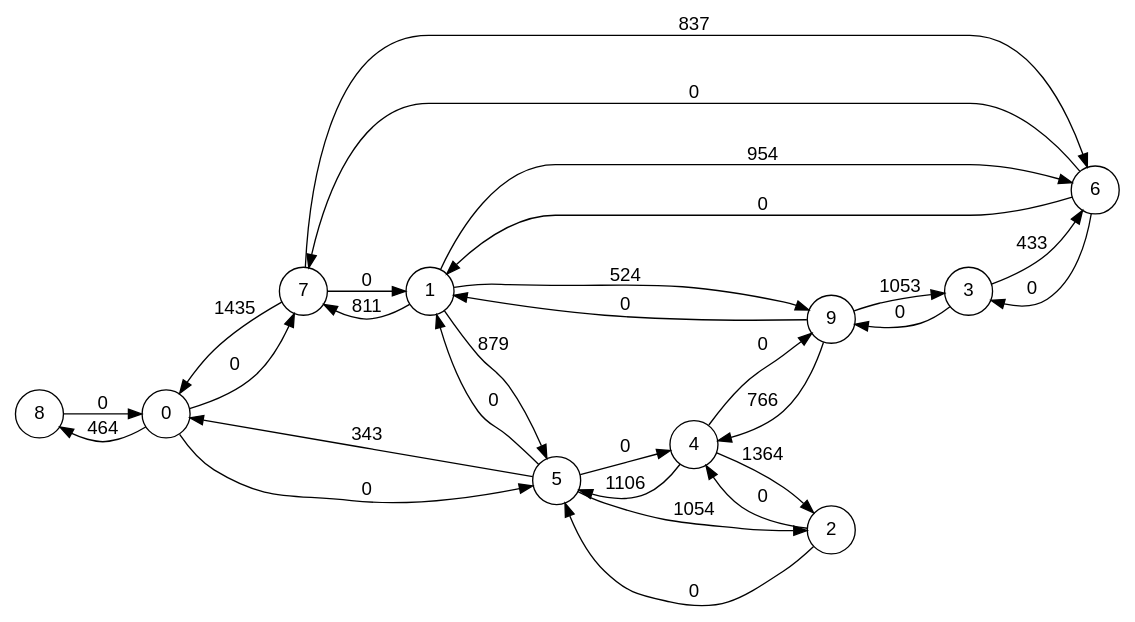
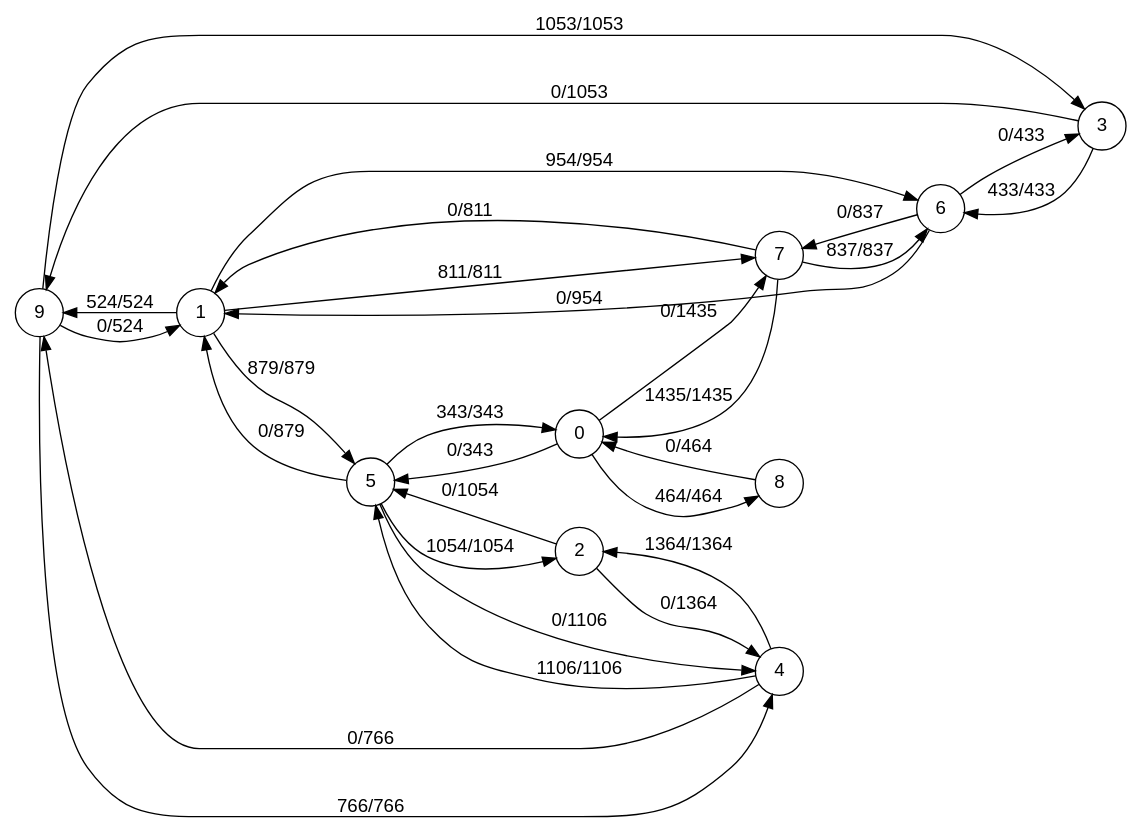
Before and after one commit to mateobwe/ocaml-maxflow-project: the diagram in ;)).dot, drawn with Graphviz. The commit also changed 11 other files, not shown here.

```diff
--- a/;)).dot
+++ b/;)).dot
@@ -1,35 +1,35 @@
 digraph finite_state_machine {
   fontname="Helvetica,Arial,sans-serif"
   node [fontname="Helvetica,Arial,sans-serif"]
   edge [fontname="Helvetica,Arial,sans-serif"]
   rankdir=LR;
   node [shape = circle];
-  8 -> 0 [ label = "0" ];
-  2 -> 5 [ label = "0" ];
-  2 -> 4 [ label = "0" ];
-  4 -> 2 [ label = "1364" ];
-  4 -> 5 [ label = "1106" ];
-  4 -> 9 [ label = "0" ];
-  3 -> 6 [ label = "433" ];
-  3 -> 9 [ label = "0" ];
-  6 -> 7 [ label = "0" ];
-  6 -> 3 [ label = "0" ];
-  6 -> 1 [ label = "0" ];
-  7 -> 0 [ label = "1435" ];
-  7 -> 6 [ label = "837" ];
-  7 -> 1 [ label = "0" ];
-  9 -> 4 [ label = "766" ];
-  9 -> 3 [ label = "1053" ];
-  9 -> 1 [ label = "0" ];
-  1 -> 6 [ label = "954" ];
-  1 -> 5 [ label = "879" ];
-  1 -> 7 [ label = "811" ];
-  1 -> 9 [ label = "524" ];
-  0 -> 8 [ label = "464" ];
-  0 -> 7 [ label = "0" ];
-  0 -> 5 [ label = "0" ];
-  5 -> 2 [ label = "1054" ];
-  5 -> 4 [ label = "0" ];
-  5 -> 1 [ label = "0" ];
-  5 -> 0 [ label = "343" ];
+  9 -> 1 [ label = "0/524" ];
+  9 -> 3 [ label = "1053/1053" ];
+  9 -> 4 [ label = "766/766" ];
+  7 -> 1 [ label = "0/811" ];
+  7 -> 6 [ label = "837/837" ];
+  7 -> 0 [ label = "1435/1435" ];
+  5 -> 1 [ label = "0/879" ];
+  5 -> 4 [ label = "0/1106" ];
+  5 -> 0 [ label = "343/343" ];
+  5 -> 2 [ label = "1054/1054" ];
+  6 -> 1 [ label = "0/954" ];
+  6 -> 3 [ label = "0/433" ];
+  6 -> 7 [ label = "0/837" ];
+  1 -> 9 [ label = "524/524" ];
+  1 -> 7 [ label = "811/811" ];
+  1 -> 6 [ label = "954/954" ];
+  1 -> 5 [ label = "879/879" ];
+  3 -> 9 [ label = "0/1053" ];
+  3 -> 6 [ label = "433/433" ];
+  4 -> 9 [ label = "0/766" ];
+  4 -> 5 [ label = "1106/1106" ];
+  4 -> 2 [ label = "1364/1364" ];
+  2 -> 4 [ label = "0/1364" ];
+  2 -> 5 [ label = "0/1054" ];
+  0 -> 7 [ label = "0/1435" ];
+  0 -> 8 [ label = "464/464" ];
+  0 -> 5 [ label = "0/343" ];
+  8 -> 0 [ label = "0/464" ];
 }
```
